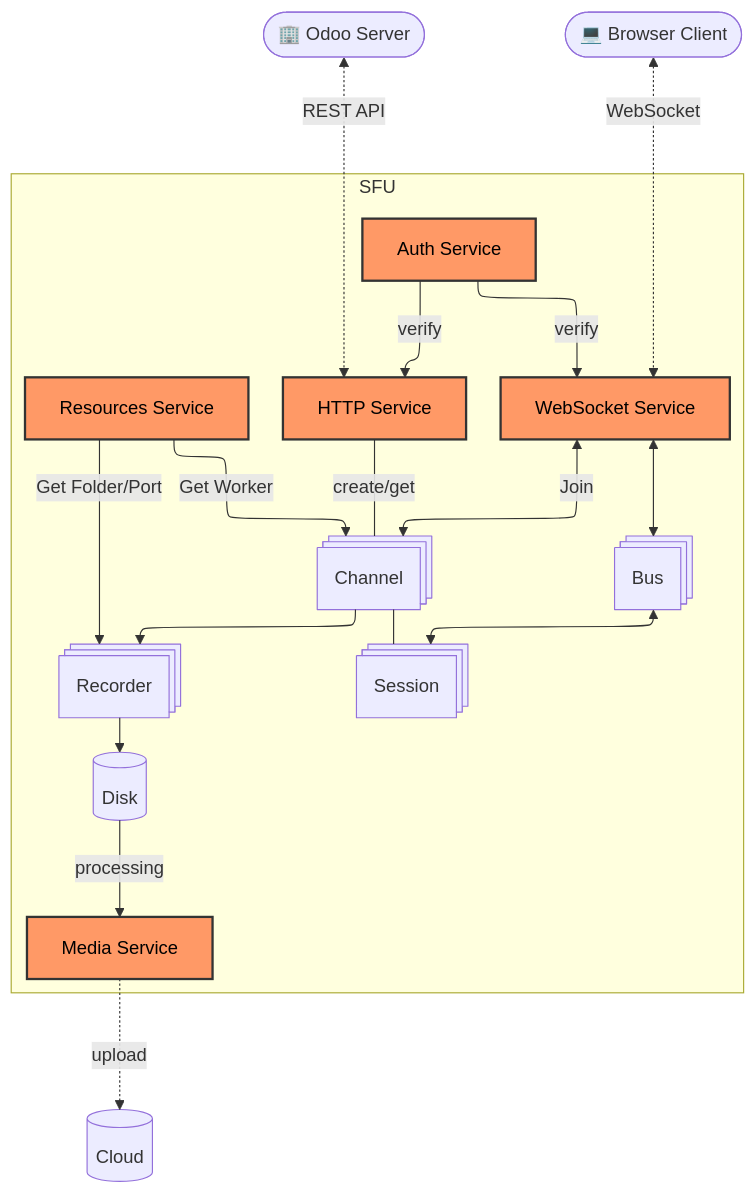
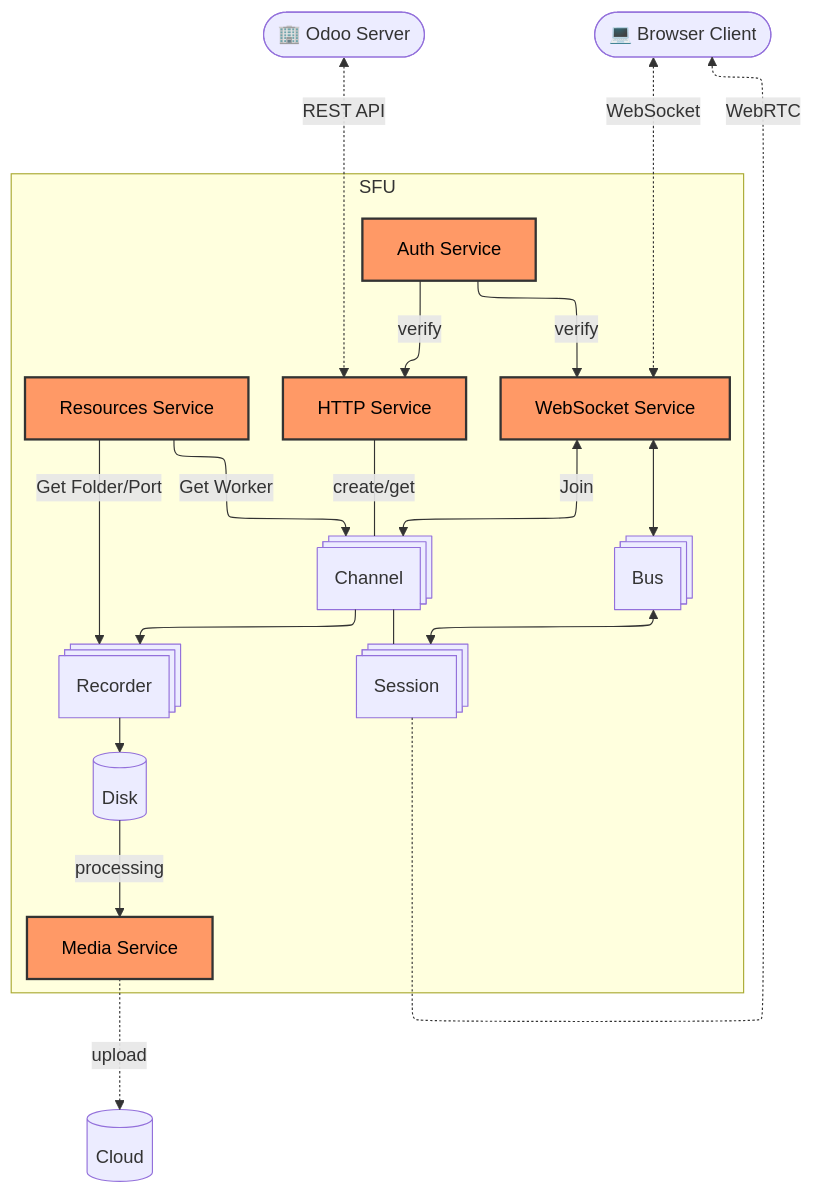
Before and after one commit to odoo/sfu: the first of 2 diagrams in src/services/README.md, drawn with Mermaid. The commit also changed 1 other file, not shown here.

````diff
--- a/src/services/README.md
+++ b/src/services/README.md
@@ -7,47 +7,48 @@
 ```mermaid
 ---
 config:
   layout: elk
 ---
 flowchart TB
  subgraph s1["SFU"]
         HTTP["HTTP Service"]
         WS["WebSocket Service"]
         Auth["Auth Service"]
         Bus["Bus"]
         Channel["Channel"]
         Resources["Resources Service"]
         Recorder["Recorder"]
         Media["Media Service"]
         Session["Session"]
         Disk
   end
     Server(["🏢 Odoo Server"]) <-. REST API ...-> HTTP
     Client(["💻 Browser Client"]) <-. WebSocket ...-> WS
     Auth -- verify --> HTTP & WS
     WS <--> Bus
     Bus <--> Session
     Resources -- Get Worker ---> Channel
     Resources -- Get Folder/Port ---> Recorder
     HTTP -- create/get ---- Channel
     WS <-- Join ---> Channel
     Channel --- Session
     Channel ---> Recorder
     Recorder ---> Disk
     Media -.-> |upload| Cloud
     Disk --->|processing| Media
+    Session -.->|WebRTC| Client
     
 
     Bus@{ shape: procs}
     Channel@{ shape: procs}
     Recorder@{ shape: procs}
     Session@{ shape: procs}
     Disk@{ shape: cyl}
     Cloud@{ shape: cyl}
     HTTP:::service
     WS:::service
     Auth:::service
     Media:::service
     Resources:::service
     classDef service fill:#f96,stroke:#333,stroke-width:2px,color:#000
 ```
````
